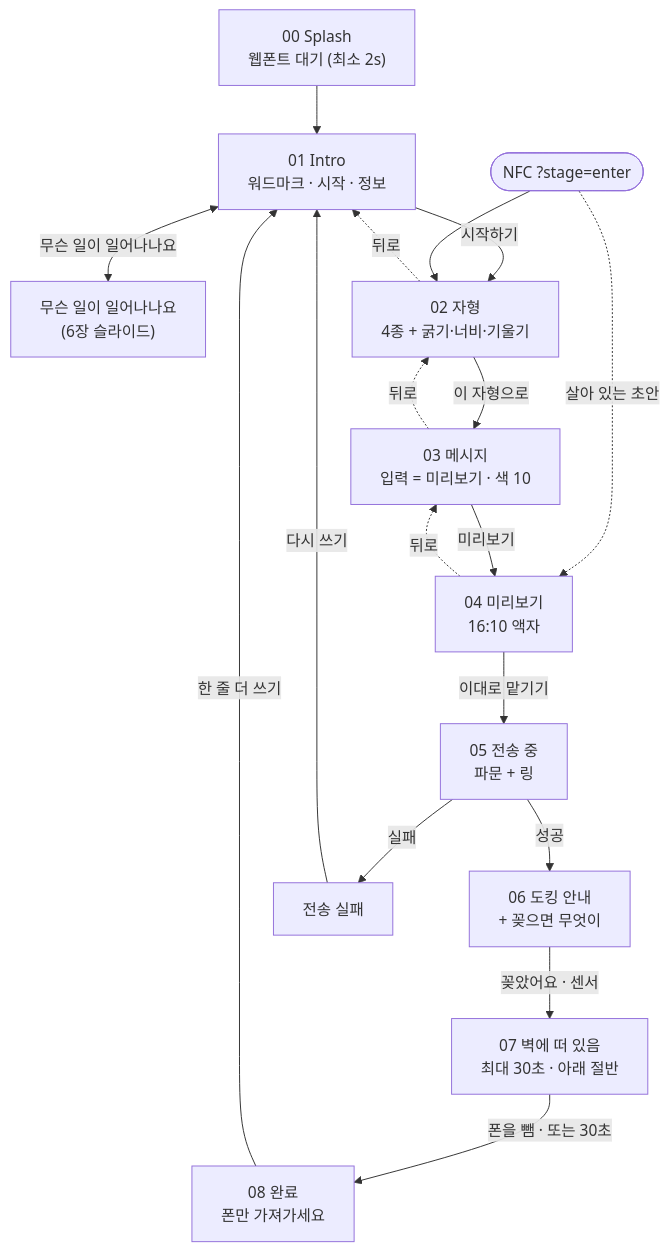
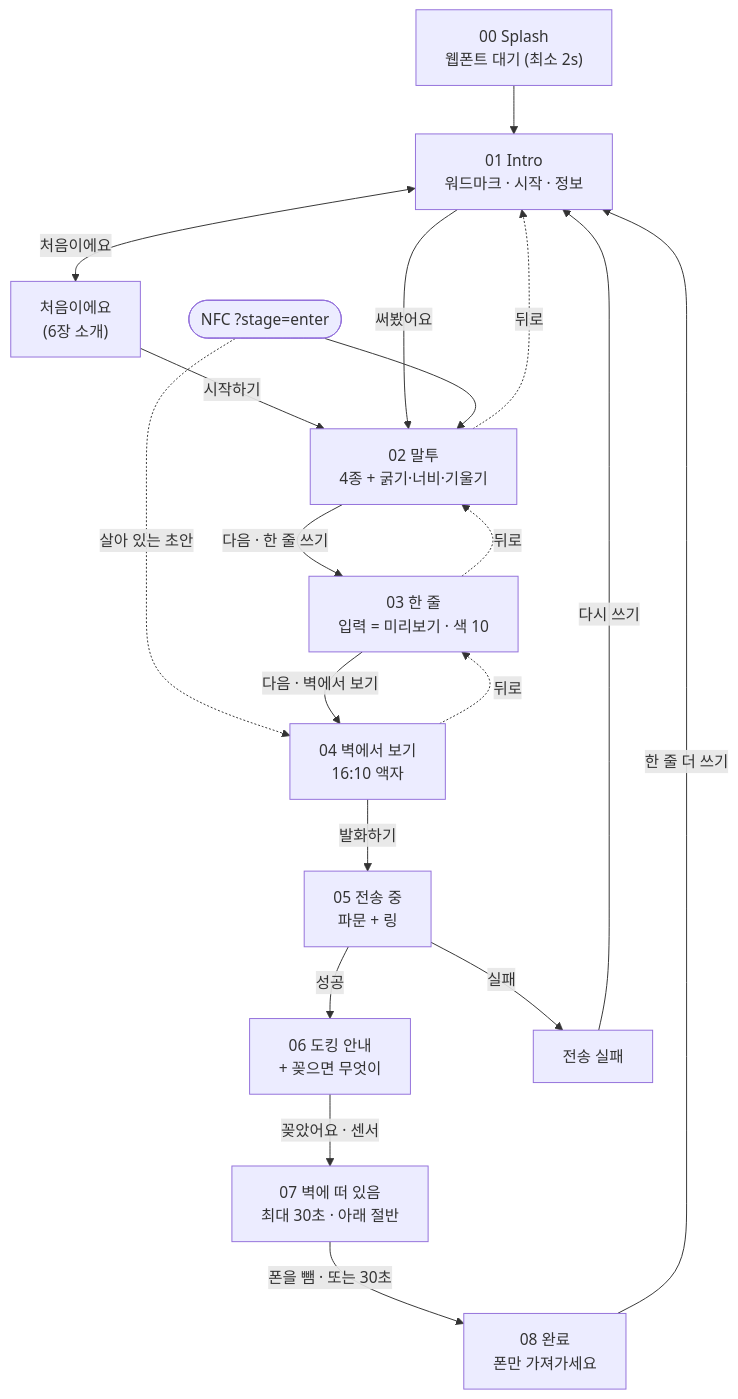
One commit to moomiryu/dock-webapp changed the diagram in design/ia-structure.md. Above: the diagram before and after it, drawn with Mermaid. The commit also changed other lines of this file and 37 other files, not shown here.

````diff
--- a/design/ia-structure.md
+++ b/design/ia-structure.md
@@ -52,34 +52,35 @@
 ```mermaid
 flowchart TD
     SPLASH["00 Splash<br/>웹폰트 대기 (최소 2s)"]
     HOME["01 Intro<br/>워드마크 · 시작 · 정보"]
-    INFO["무슨 일이 일어나나요<br/>(6장 슬라이드)"]
-    GLYPH["02 자형<br/>4종 + 굵기·너비·기울기"]
-    COMPOSE["03 메시지<br/>입력 = 미리보기 · 색 10"]
-    PREVIEW["04 미리보기<br/>16:10 액자"]
+    INFO["처음이에요<br/>(6장 소개)"]
+    GLYPH["02 말투<br/>4종 + 굵기·너비·기울기"]
+    COMPOSE["03 한 줄<br/>입력 = 미리보기 · 색 10"]
+    PREVIEW["04 벽에서 보기<br/>16:10 액자"]
     SENDING["05 전송 중<br/>파문 + 링"]
     DOCK["06 도킹 안내<br/>+ 꽂으면 무엇이"]
     ONWALL["07 벽에 떠 있음<br/>최대 30초 · 아래 절반"]
     DONE["08 완료<br/>폰만 가져가세요"]
     ERR["전송 실패"]
 
     SPLASH --> HOME
-    HOME -->|시작하기| GLYPH
-    HOME <-->|무슨 일이 일어나나요| INFO
+    HOME <-->|처음이에요| INFO
+    INFO -->|시작하기| GLYPH
+    HOME -->|써봤어요| GLYPH
     NFC(["NFC ?stage=enter"]) --> GLYPH
     NFC -.->|살아 있는 초안| PREVIEW
 
-    GLYPH -->|이 자형으로| COMPOSE
+    GLYPH -->|다음 · 한 줄 쓰기| COMPOSE
     GLYPH -.->|뒤로| HOME
-    COMPOSE -->|미리보기| PREVIEW
+    COMPOSE -->|다음 · 벽에서 보기| PREVIEW
     COMPOSE -.->|뒤로| GLYPH
-    PREVIEW -->|이대로 맡기기| SENDING
+    PREVIEW -->|발화하기| SENDING
     PREVIEW -.->|뒤로| COMPOSE
 
     SENDING -->|성공| DOCK
     SENDING -->|실패| ERR
     ERR -->|다시 쓰기| HOME
     DOCK -->|꽂았어요 · 센서| ONWALL
     ONWALL -->|폰을 뺌 · 또는 30초| DONE
     DONE -->|한 줄 더 쓰기| HOME
 ```
````
